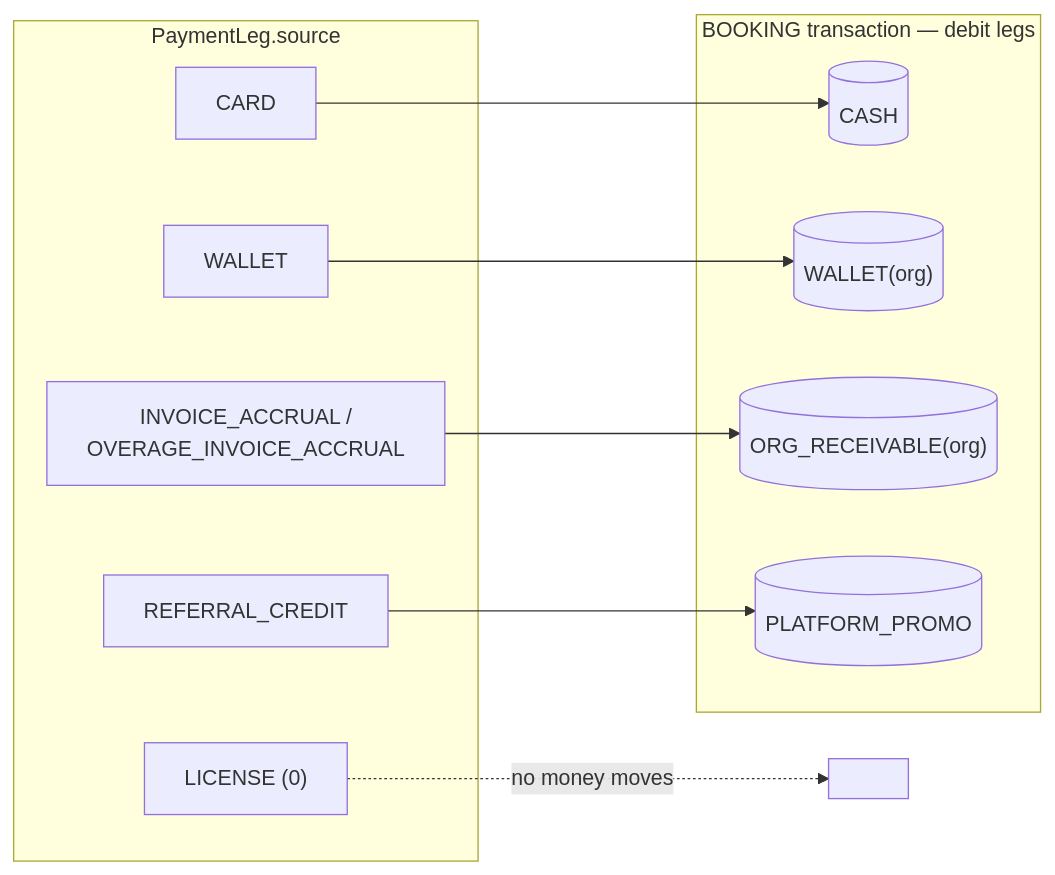
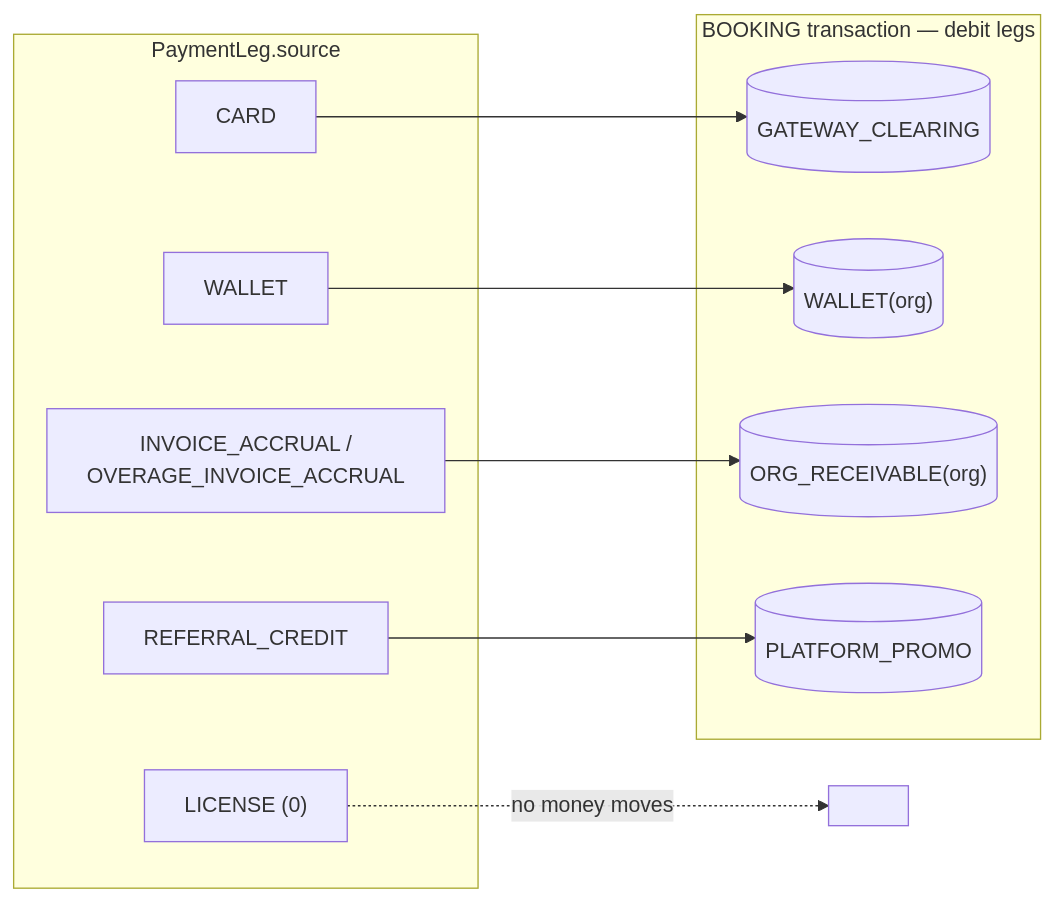
The diagram in docs/enterprise/10-money-and-ledger/09-payment-legs.md (Practitionist/familiarise_web), drawn with Mermaid before and after one commit. The commit also changed other lines of this file and 11 other files, not shown here.

````diff
--- a/docs/enterprise/10-money-and-ledger/09-payment-legs.md
+++ b/docs/enterprise/10-money-and-ledger/09-payment-legs.md
@@ -47,21 +47,21 @@
 ```mermaid
 flowchart LR
   subgraph Legs["PaymentLeg.source"]
     C[CARD]
     W[WALLET]
     IA["INVOICE_ACCRUAL /<br/>OVERAGE_INVOICE_ACCRUAL"]
     RC[REFERRAL_CREDIT]
     LIC["LICENSE (0)"]
   end
   subgraph Debits["BOOKING transaction — debit legs"]
-    CASH[(CASH)]
+    CASH[(GATEWAY_CLEARING)]
     WALLET[("WALLET(org)")]
     AR[("ORG_RECEIVABLE(org)")]
     PROMO[(PLATFORM_PROMO)]
   end
   C --> CASH
   W --> WALLET
   IA --> AR
   RC --> PROMO
   LIC -. "no money moves" .-> X[" "]
 ```
````
